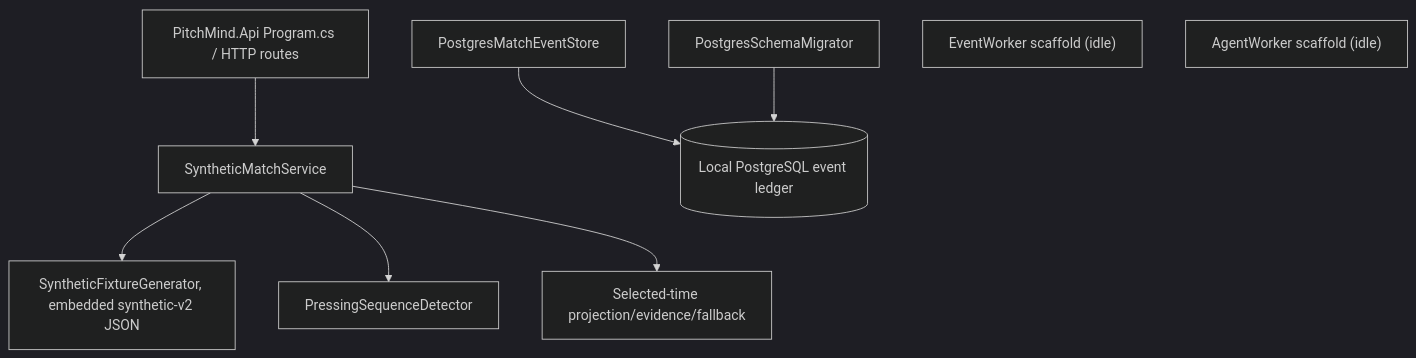
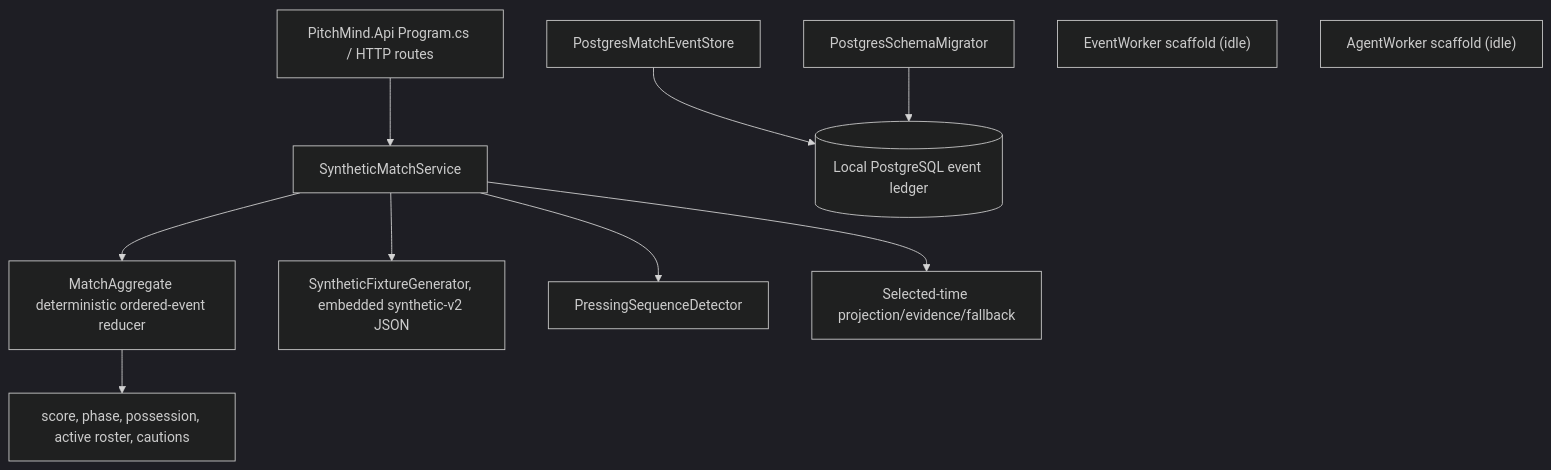
Before and after one commit to prateekgangopadhyay/PitchMind: the first of 2 diagrams in docs/architecture/03-components.md, drawn with Mermaid (dark theme). The commit also changed other lines of this file and 12 other files, not shown here.

Commit message:
feat(EP04-S01): project match aggregate state

````diff
--- a/docs/architecture/03-components.md
+++ b/docs/architecture/03-components.md
@@ -9,11 +9,13 @@
 ```mermaid
 flowchart TB
   API["PitchMind.Api Program.cs / HTTP routes"] --> Match["SyntheticMatchService"]
+  Match --> Aggregate["MatchAggregate deterministic ordered-event reducer"]
+  Aggregate --> State["score, phase, possession, active roster, cautions"]
   Match --> Fixture["SyntheticFixtureGenerator, embedded synthetic-v2 JSON"]
   Match --> Press["PressingSequenceDetector"]
   Match --> Replay["Selected-time projection/evidence/fallback"]
   Ledger["PostgresMatchEventStore"] --> DB[("Local PostgreSQL event ledger")]
   Migrator["PostgresSchemaMigrator"] --> DB
   EventWorker["EventWorker scaffold (idle)"]
   AgentWorker["AgentWorker scaffold (idle)"]
 ```
````
